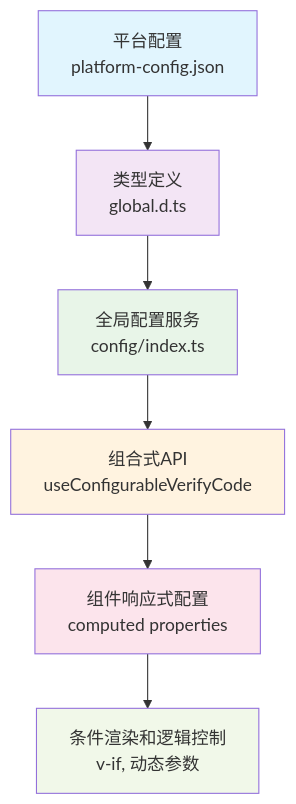
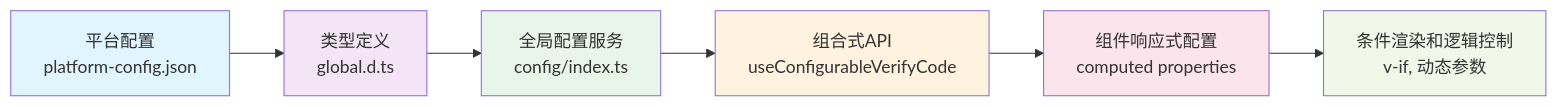
The diagram in packages/vitepress-preset-config/src/docs/feat/mermaid/index.md (ruan-cat/monorepo), drawn with Mermaid before and after one commit. The commit also changed other lines of this file and 4 other files, not shown here.

Commit message:
✨ feat(vitepress-preset-config): 恢复 mermaid 流程图预览能力。

````diff
--- a/packages/vitepress-preset-config/src/docs/feat/mermaid/index.md
+++ b/packages/vitepress-preset-config/src/docs/feat/mermaid/index.md
@@ -5,15 +7,15 @@
 ```mermaid
-flowchart TD
+flowchart LR
     A[平台配置<br/>platform-config.json] --> B[类型定义<br/>global.d.ts]
     B --> C[全局配置服务<br/>config/index.ts]
     C --> D[组合式API<br/>useConfigurableVerifyCode]
     D --> E[组件响应式配置<br/>computed properties]
     E --> F[条件渲染和逻辑控制<br/>v-if, 动态参数]
 
     style A fill:#e1f5fe
     style B fill:#f3e5f5
     style C fill:#e8f5e8
     style D fill:#fff3e0
     style E fill:#fce4ec
     style F fill:#f1f8e9
 ```
````
